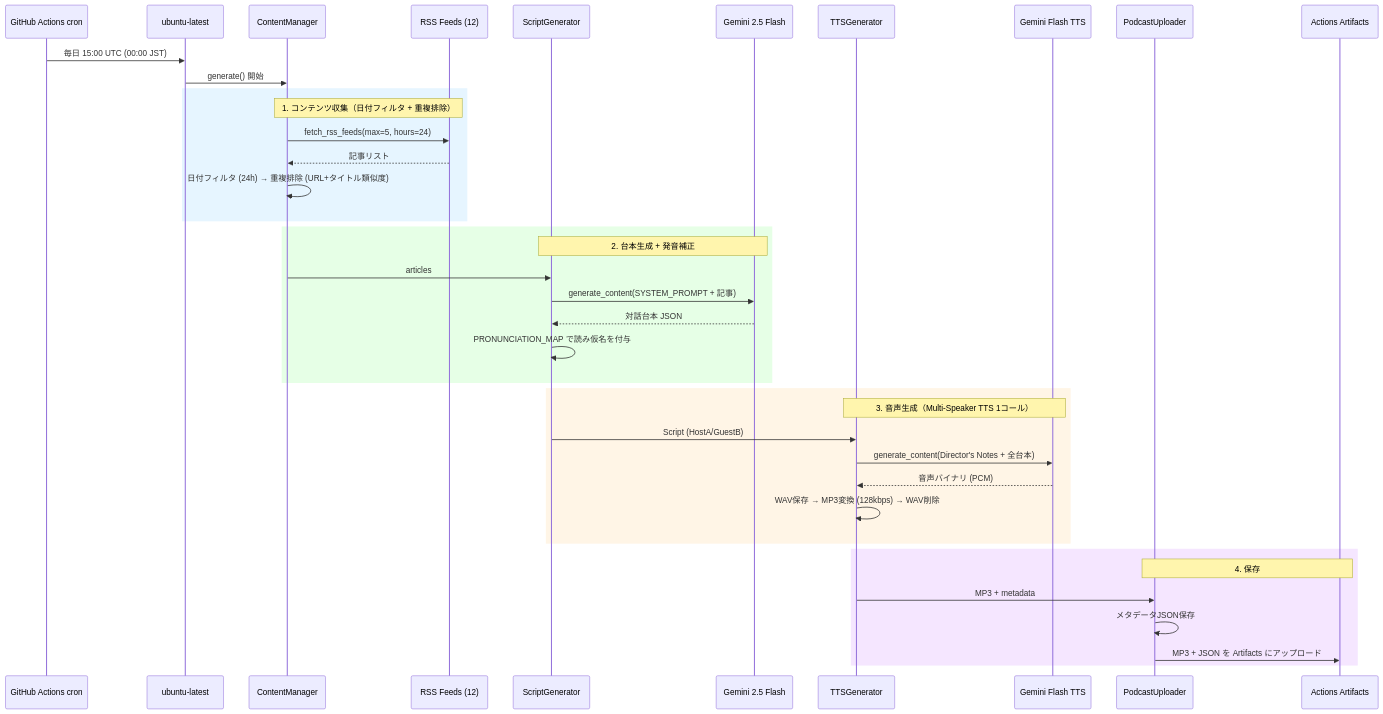
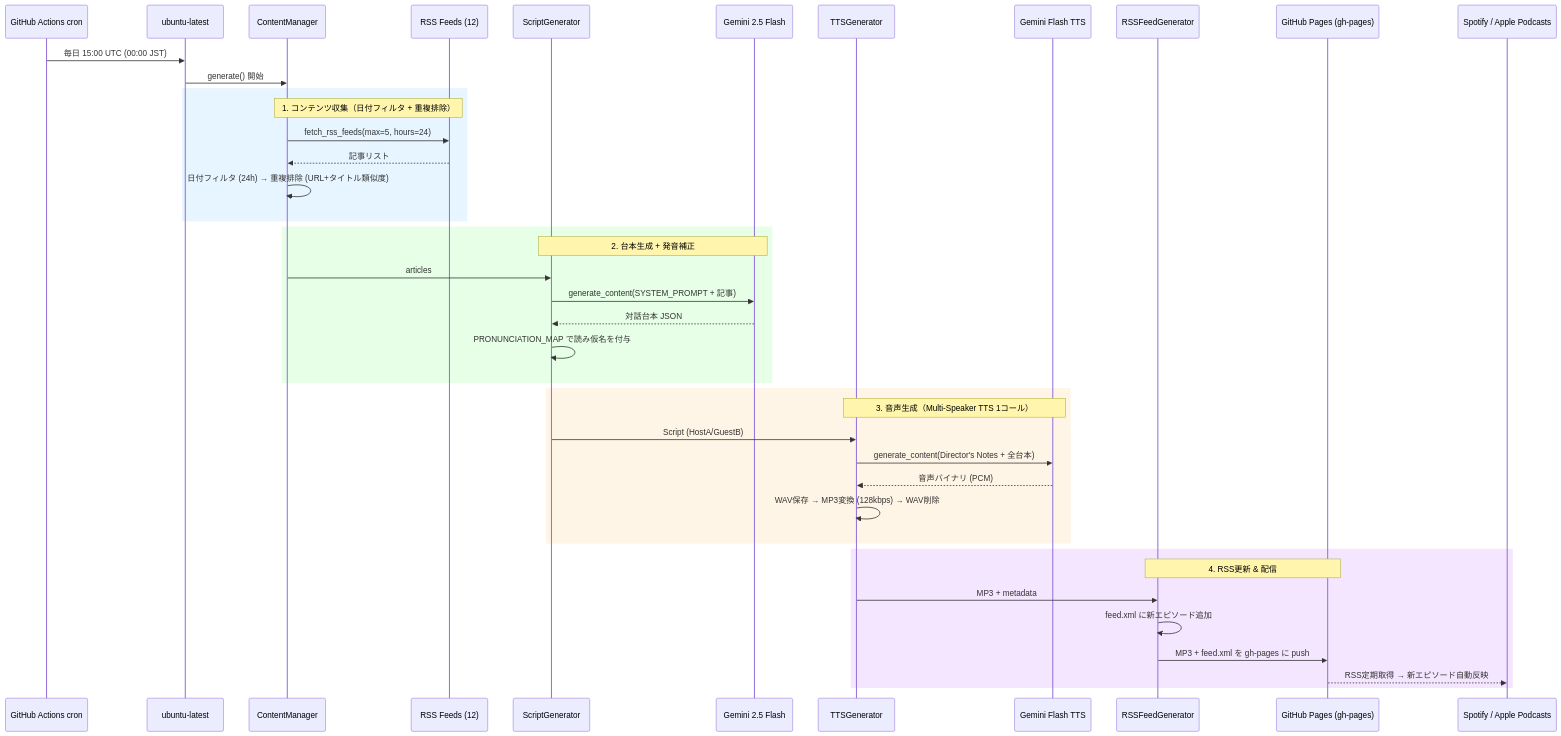
One commit to necoha/auto-podcast changed the third of 4 diagrams in docs/HLD.md. Above: the diagram before and after it, drawn with Mermaid. The commit also changed other lines of this file and 7 other files, not shown here.

First line of the commit message:
feat: GitHub Pages + RSS 自動配信 (Issue #7)

````diff
--- a/docs/HLD.md
+++ b/docs/HLD.md
@@ -97,46 +101,48 @@
 ```mermaid
 sequenceDiagram
     participant Cron as GitHub Actions cron
     participant Runner as ubuntu-latest
     participant CM as ContentManager
     participant RSS as RSS Feeds (12)
     participant SG as ScriptGenerator
     participant Gemini as Gemini 2.5 Flash
     participant TTS as TTSGenerator
     participant GTTS as Gemini Flash TTS
-    participant UP as PodcastUploader
-    participant Art as Actions Artifacts
+    participant RGEN as RSSFeedGenerator
+    participant GHP as GitHub Pages (gh-pages)
+    participant Spotify as Spotify / Apple Podcasts
 
     Cron->>Runner: 毎日 15:00 UTC (00:00 JST)
     Runner->>CM: generate() 開始
 
     rect rgb(230, 245, 255)
         Note over CM,RSS: 1. コンテンツ収集（日付フィルタ + 重複排除）
         CM->>RSS: fetch_rss_feeds(max=5, hours=24)
         RSS-->>CM: 記事リスト
         CM->>CM: 日付フィルタ (24h) → 重複排除 (URL+タイトル類似度)
     end
 
     rect rgb(230, 255, 230)
         Note over SG,Gemini: 2. 台本生成 + 発音補正
         CM->>SG: articles
         SG->>Gemini: generate_content(SYSTEM_PROMPT + 記事)
         Gemini-->>SG: 対話台本 JSON
         SG->>SG: PRONUNCIATION_MAP で読み仮名を付与
     end
 
     rect rgb(255, 245, 230)
         Note over TTS,GTTS: 3. 音声生成（Multi-Speaker TTS 1コール）
         SG->>TTS: Script (HostA/GuestB)
         TTS->>GTTS: generate_content(Director's Notes + 全台本)
         GTTS-->>TTS: 音声バイナリ (PCM)
         TTS->>TTS: WAV保存 → MP3変換 (128kbps) → WAV削除
     end
 
     rect rgb(245, 230, 255)
-        Note over UP,Art: 4. 保存
-        TTS->>UP: MP3 + metadata
-        UP->>UP: メタデータJSON保存
-        UP->>Art: MP3 + JSON を Artifacts にアップロード
+        Note over RGEN,GHP: 4. RSS更新 & 配信
+        TTS->>RGEN: MP3 + metadata
+        RGEN->>RGEN: feed.xml に新エピソード追加
+        RGEN->>GHP: MP3 + feed.xml を gh-pages に push
+        GHP-->>Spotify: RSS定期取得 → 新エピソード自動反映
     end
 ```
````
